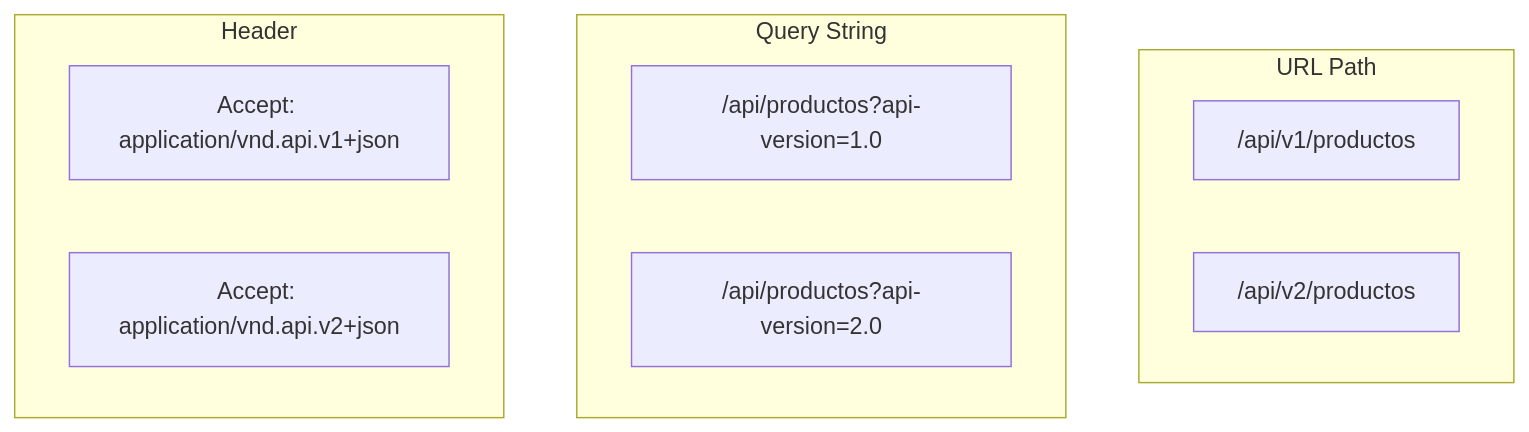
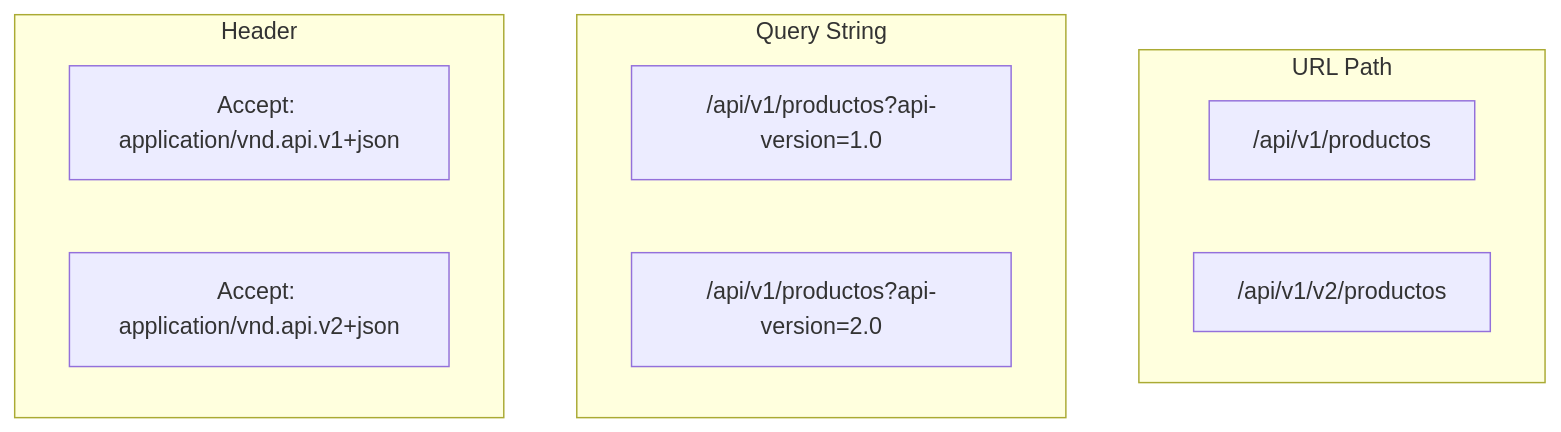
The second of 3 diagrams in doc/23-documentacion.md (joseluisgs/TiendaDawApi-NetCore), drawn with Mermaid before and after one commit. The commit also changed other lines of this file and 237 other files, not shown here.

````diff
--- a/doc/23-documentacion.md
+++ b/doc/23-documentacion.md
@@ -377,17 +379,17 @@
 ```mermaid
 flowchart TD
     subgraph "URL Path"
         A1["/api/v1/productos"]
-        A2["/api/v2/productos"]
+        A2["/api/v1/v2/productos"]
     end
     
     subgraph "Query String"
-        B1["/api/productos?api-version=1.0"]
-        B2["/api/productos?api-version=2.0"]
+        B1["/api/v1/productos?api-version=1.0"]
+        B2["/api/v1/productos?api-version=2.0"]
     end
     
     subgraph "Header"
         C1["Accept: application/vnd.api.v1+json"]
         C2["Accept: application/vnd.api.v2+json"]
     end
 ```
````
